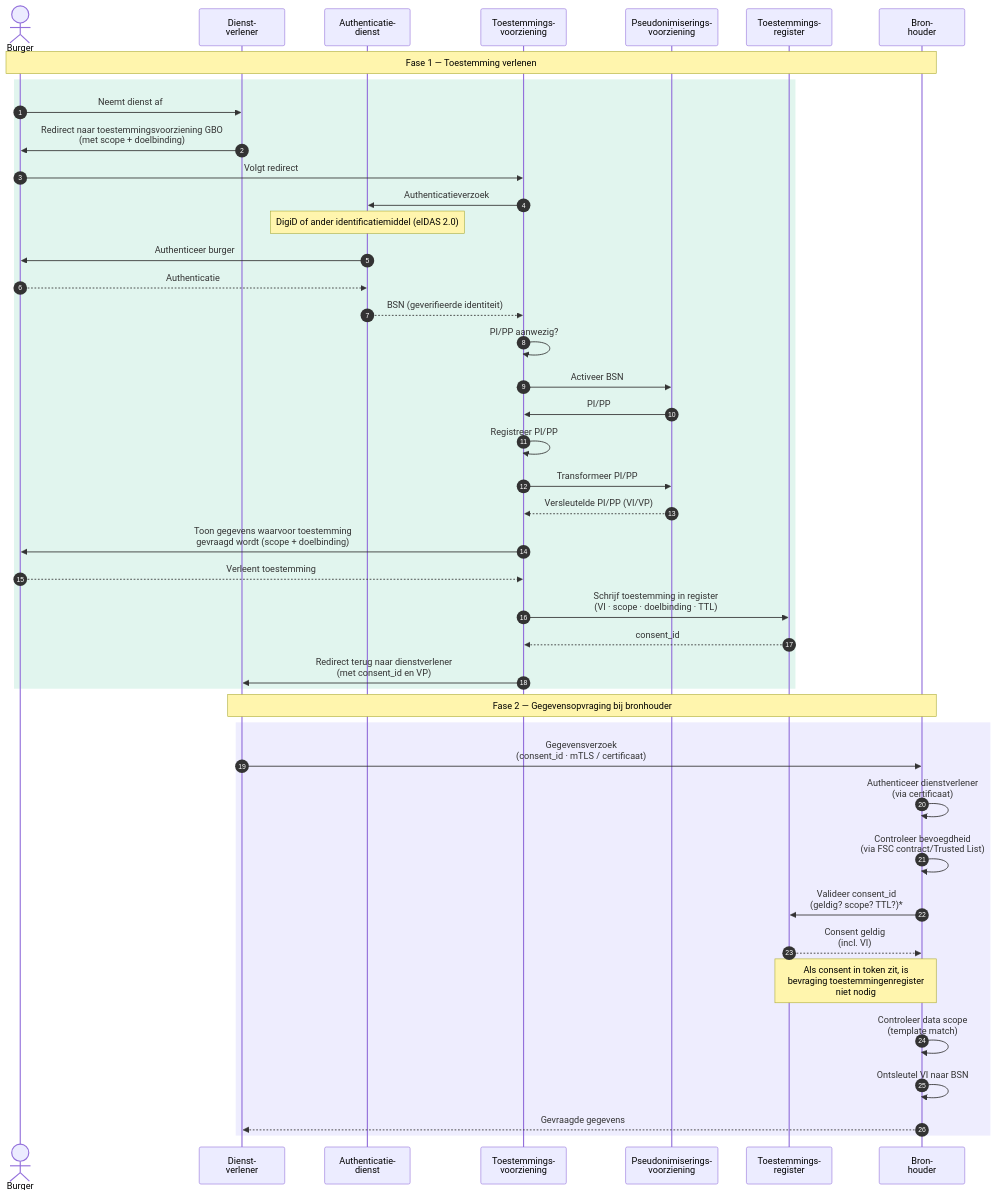
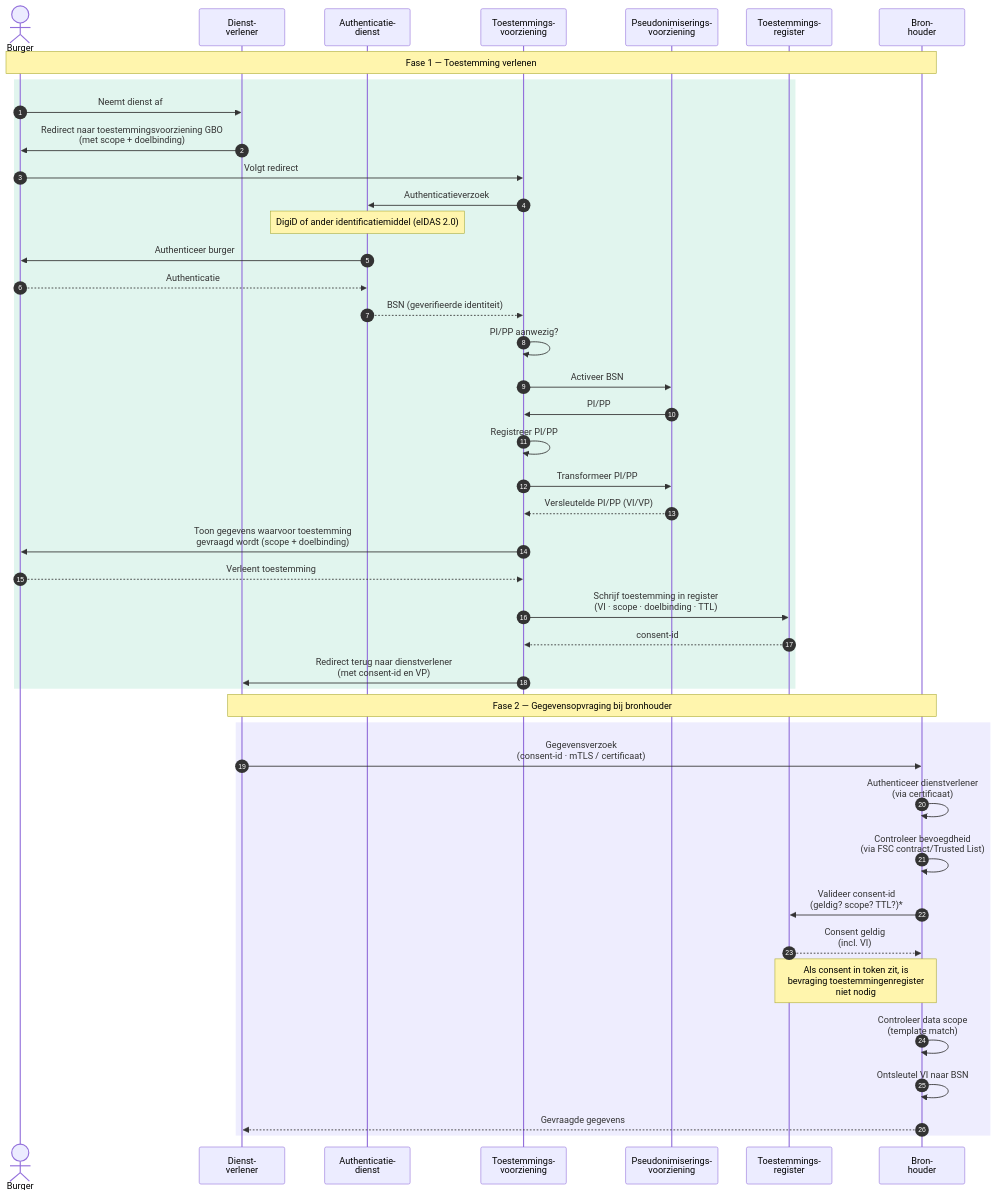
The diagram in main/diagrammen/interactiepatroon-PP-haalt-gegevens-op.mmd (ICTU/GBO-GO), drawn with Mermaid before and after one commit. The commit also changed 8 other files, not shown here.

```diff
--- a/main/diagrammen/interactiepatroon-PP-haalt-gegevens-op.mmd
+++ b/main/diagrammen/interactiepatroon-PP-haalt-gegevens-op.mmd
@@ -1,47 +1,47 @@
 sequenceDiagram
     autonumber
     actor Burger
     participant DV as Dienst-<br/>verlener
     participant Auth as Authenticatie-<br/>dienst
     participant TV as Toestemmings-<br/>voorziening
     participant PP as Pseudonimiserings-<br/>voorziening
     participant TR as Toestemmings-<br/>register
     participant BRH as Bron-<br/>houder
 
     Note over Burger,BRH: Fase 1 — Toestemming verlenen
 
     rect rgb(225, 245, 238)
         Burger->>DV: Neemt dienst af
         DV->>Burger: Redirect naar toestemmingsvoorziening GBO<br/>(met scope + doelbinding)
         Burger->>TV: Volgt redirect
         TV->>Auth: Authenticatieverzoek
         Note over Auth: DigiD of ander identificatiemiddel (eIDAS 2.0)
         Auth->>Burger: Authenticeer burger
         Burger-->>Auth: Authenticatie
         Auth-->>TV: BSN (geverifieerde identiteit)
         TV->>TV: PI/PP aanwezig?
         TV->>PP: Activeer BSN
         PP->>TV: PI/PP
         TV->>TV: Registreer PI/PP
         TV->>PP: Transformeer PI/PP
         PP-->>TV: Versleutelde PI/PP (VI/VP)
         TV->>Burger: Toon gegevens waarvoor toestemming<br/>gevraagd wordt (scope + doelbinding)
         Burger-->>TV: Verleent toestemming
         TV->>TR: Schrijf toestemming in register<br/>(VI · scope · doelbinding · TTL)
-        TR-->>TV: consent_id
-        TV->>DV: Redirect terug naar dienstverlener<br/>(met consent_id en VP)
+        TR-->>TV: consent-id
+        TV->>DV: Redirect terug naar dienstverlener<br/>(met consent-id en VP)
     end
 
     Note over DV,BRH: Fase 2 — Gegevensopvraging bij bronhouder
 
     rect rgb(238, 237, 254)
-        DV->>BRH: Gegevensverzoek<br/>(consent_id · mTLS / certificaat)
+        DV->>BRH: Gegevensverzoek<br/>(consent-id · mTLS / certificaat)
         BRH->>BRH: Authenticeer dienstverlener<br />(via certificaat)
         BRH->>BRH: Controleer bevoegdheid<br />(via FSC contract/Trusted List)
-        BRH->>TR: Valideer consent_id<br/>(geldig? scope? TTL?)*
+        BRH->>TR: Valideer consent-id<br/>(geldig? scope? TTL?)*
         TR-->>BRH: Consent geldig<br />(incl. VI)
         Note over TR, BRH: Als consent in token zit, is<br/>bevraging toestemmingenregister<br />niet nodig
         BRH->>BRH: Controleer data scope<br />(template match)
         BRH->>BRH: Ontsleutel VI naar BSN
         BRH-->>DV: Gevraagde gegevens
     end
```
